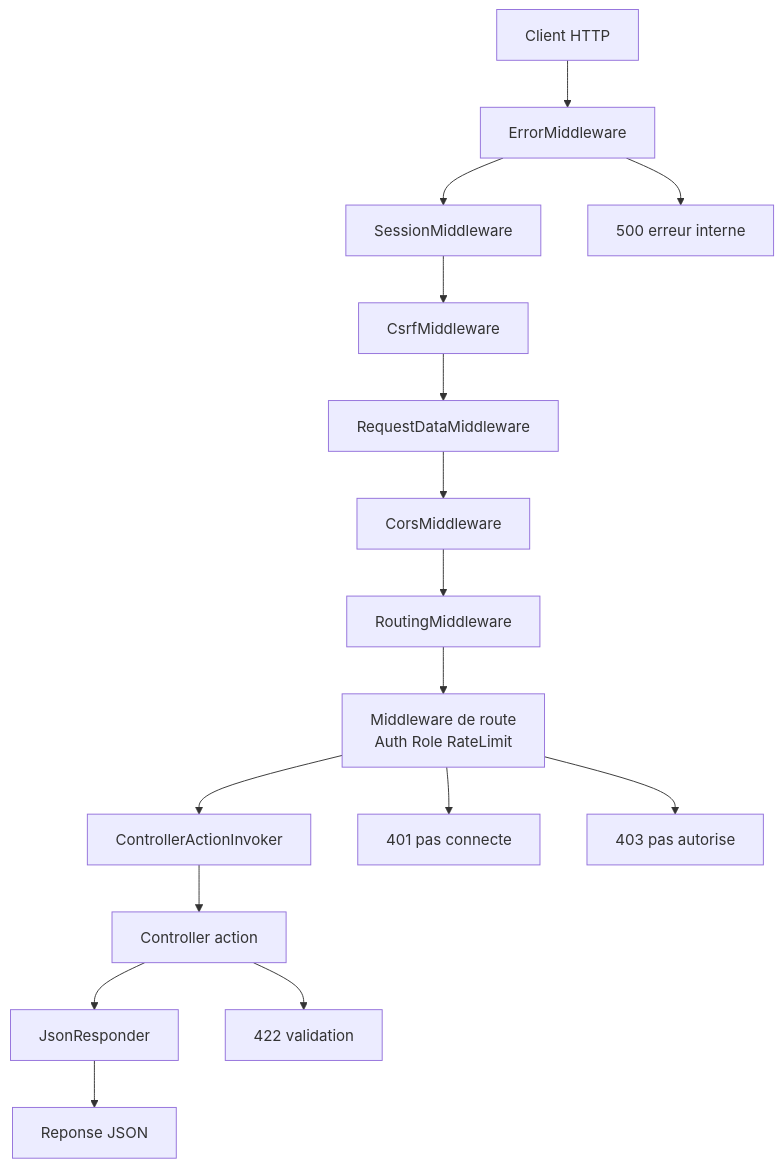
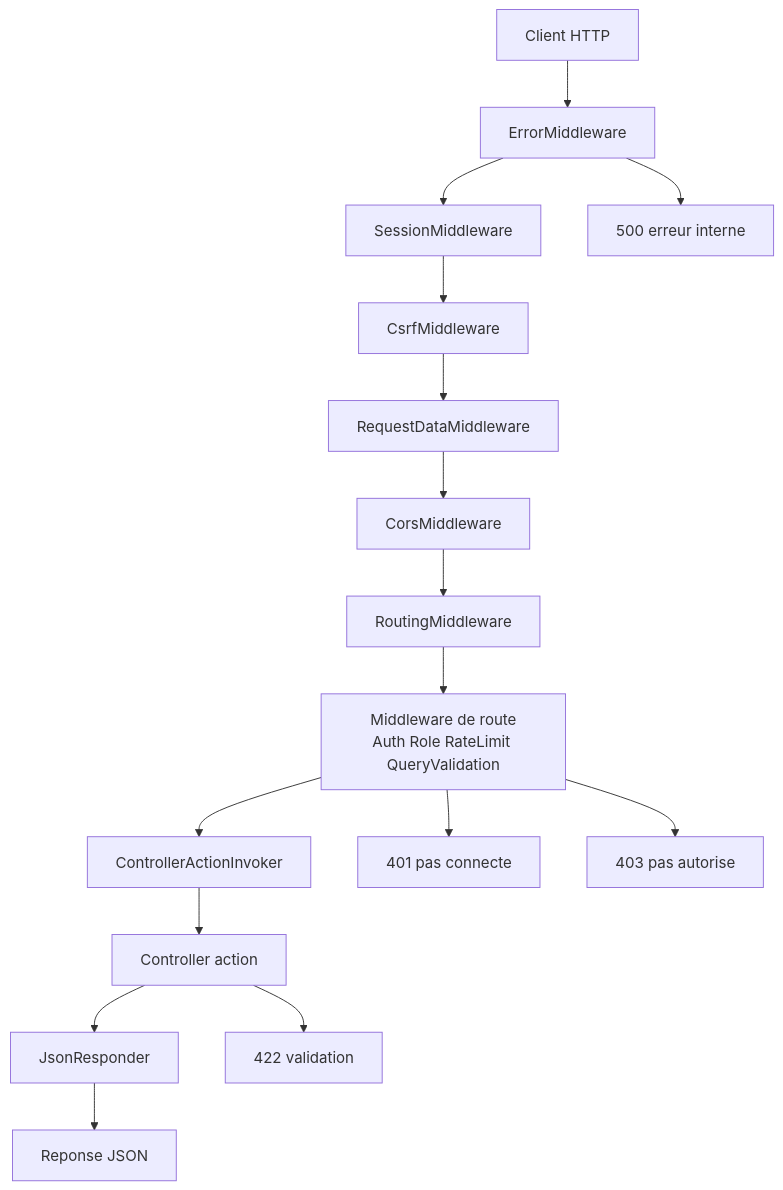
One commit to Blackfist696/marketplace changed the third of 3 diagrams in marketplace/docs/cahier-technique-backend-db-tfe.md. Above: the diagram before and after it, drawn with Mermaid. The commit also changed other lines of this file and 5 other files, not shown here.

Commit message:
Mise à jour de la documentation et ajout d'un middleware de validation des requêtes

````diff
--- a/marketplace/docs/cahier-technique-backend-db-tfe.md
+++ b/marketplace/docs/cahier-technique-backend-db-tfe.md
@@ -309,19 +309,19 @@
 ```mermaid
 flowchart TD
 	A[Client HTTP] --> B[ErrorMiddleware]
 	B --> C[SessionMiddleware]
 	C --> D[CsrfMiddleware]
 	D --> E[RequestDataMiddleware]
 	E --> F[CorsMiddleware]
 	F --> G[RoutingMiddleware]
-	G --> H[Middleware de route\nAuth Role RateLimit]
+	G --> H[Middleware de route\nAuth Role RateLimit QueryValidation]
 	H --> I[ControllerActionInvoker]
 	I --> J[Controller action]
 	J --> K[JsonResponder]
 	K --> L[Reponse JSON]
 
 	H --> M[401 pas connecte]
 	H --> N[403 pas autorise]
 	J --> O[422 validation]
 	B --> P[500 erreur interne]
 ```
````
